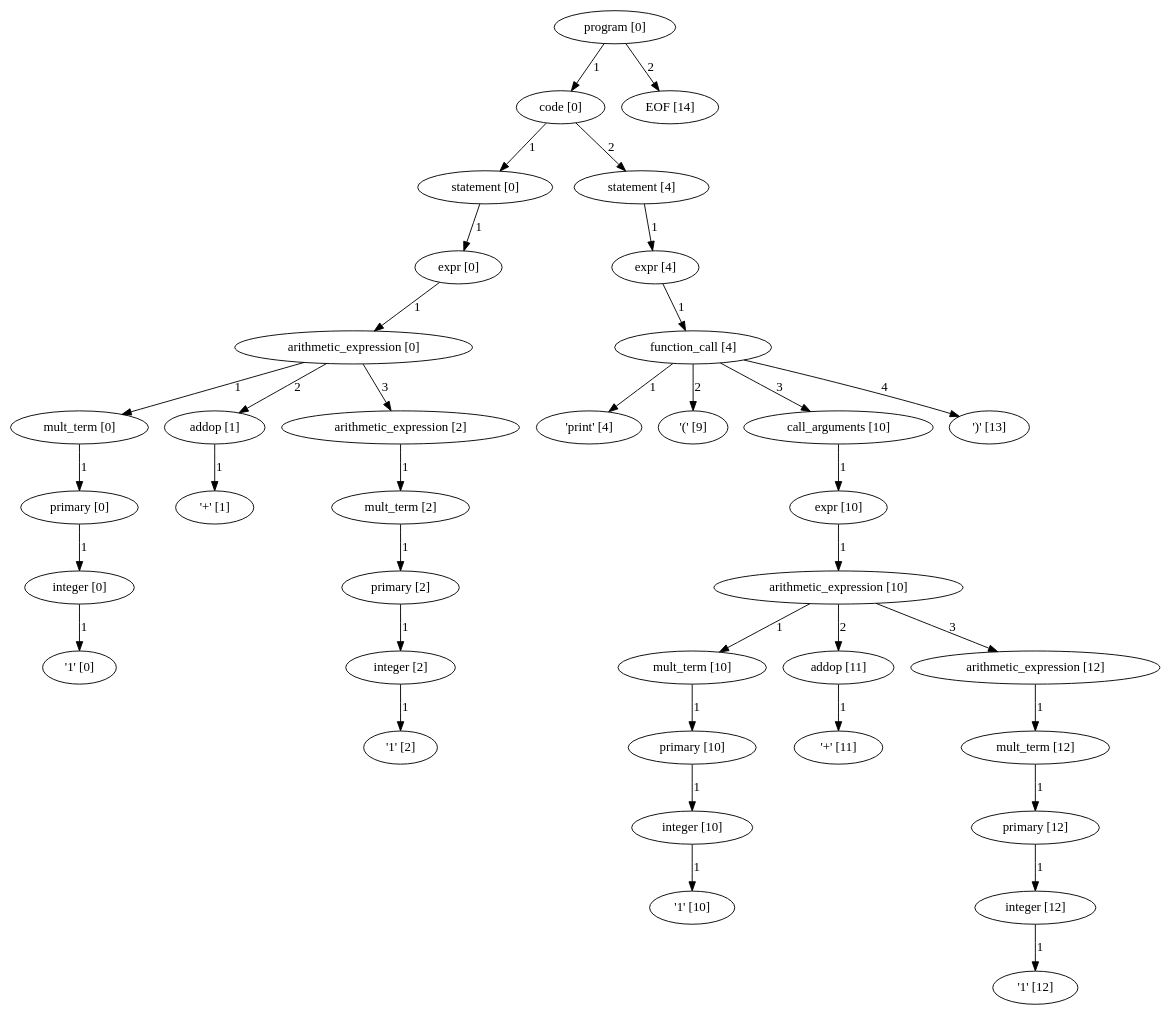
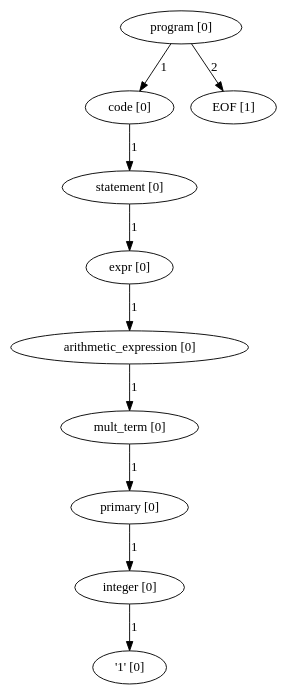
One commit to pragdave/cs3342_smurf changed the diagram in RealProject/program_parse_tree.dot. Above: the diagram before and after it, drawn with Graphviz. The commit also changed 7 other files, not shown here.

```diff
--- a/RealProject/program_parse_tree.dot
+++ b/RealProject/program_parse_tree.dot
@@ -1,111 +1,30 @@
 digraph arpeggio_graph {
-1609273560872 [label="program [0]"];
-1609273560872->1609273586008 [label="1"]
+2582781586288 [label="program [0]"];
+2582781586288->2582781586152 [label="1"]
 
-1609273586008 [label="code [0]"];
-1609273586008->1609273766504 [label="1"]
+2582781586152 [label="code [0]"];
+2582781586152->2582781586016 [label="1"]
 
-1609273766504 [label="statement [0]"];
-1609273766504->1609273766368 [label="1"]
+2582781586016 [label="statement [0]"];
+2582781586016->2582781585880 [label="1"]
 
-1609273766368 [label="expr [0]"];
-1609273766368->1609273766232 [label="1"]
+2582781585880 [label="expr [0]"];
+2582781585880->2582781585744 [label="1"]
 
-1609273766232 [label="arithmetic_expression [0]"];
-1609273766232->1609273670240 [label="1"]
+2582781585744 [label="arithmetic_expression [0]"];
+2582781585744->2582781585608 [label="1"]
 
-1609273670240 [label="mult_term [0]"];
-1609273670240->1609273670104 [label="1"]
+2582781585608 [label="mult_term [0]"];
+2582781585608->2582781585472 [label="1"]
 
-1609273670104 [label="primary [0]"];
-1609273670104->1609273669968 [label="1"]
+2582781585472 [label="primary [0]"];
+2582781585472->2582781584384 [label="1"]
 
-1609273669968 [label="integer [0]"];
-1609273669968->1609273134440 [label="1"]
+2582781584384 [label="integer [0]"];
+2582781584384->2582780988896 [label="1"]
 
-1609273134440 [label=" '1' [0]"];
-1609273766232->1609273670376 [label="2"]
+2582780988896 [label=" '1' [0]"];
+2582781586288->2582780989016 [label="2"]
 
-1609273670376 [label="addop [1]"];
-1609273670376->1609273134560 [label="1"]
-
-1609273134560 [label=" '+' [1]"];
-1609273766232->1609273766096 [label="3"]
-
-1609273766096 [label="arithmetic_expression [2]"];
-1609273766096->1609273765960 [label="1"]
-
-1609273765960 [label="mult_term [2]"];
-1609273765960->1609273671464 [label="1"]
-
-1609273671464 [label="primary [2]"];
-1609273671464->1609273669560 [label="1"]
-
-1609273669560 [label="integer [2]"];
-1609273669560->1609273753672 [label="1"]
-
-1609273753672 [label=" '1' [2]"];
-1609273586008->1609273768408 [label="2"]
-
-1609273768408 [label="statement [4]"];
-1609273768408->1609273768272 [label="1"]
-
-1609273768272 [label="expr [4]"];
-1609273768272->1609273768136 [label="1"]
-
-1609273768136 [label="function_call [4]"];
-1609273768136->1609273133720 [label="1"]
-
-1609273133720 [label=" 'print' [4]"];
-1609273768136->1609273133840 [label="2"]
-
-1609273133840 [label=" '(' [9]"];
-1609273768136->1609273768000 [label="3"]
-
-1609273768000 [label="call_arguments [10]"];
-1609273768000->1609273767864 [label="1"]
-
-1609273767864 [label="expr [10]"];
-1609273767864->1609273767728 [label="1"]
-
-1609273767728 [label="arithmetic_expression [10]"];
-1609273767728->1609273669832 [label="1"]
-
-1609273669832 [label="mult_term [10]"];
-1609273669832->1609273670512 [label="1"]
-
-1609273670512 [label="primary [10]"];
-1609273670512->1609273670648 [label="1"]
-
-1609273670648 [label="integer [10]"];
-1609273670648->1609273134920 [label="1"]
-
-1609273134920 [label=" '1' [10]"];
-1609273767728->1609273669696 [label="2"]
-
-1609273669696 [label="addop [11]"];
-1609273669696->1609273753792 [label="1"]
-
-1609273753792 [label=" '+' [11]"];
-1609273767728->1609273767592 [label="3"]
-
-1609273767592 [label="arithmetic_expression [12]"];
-1609273767592->1609273767456 [label="1"]
-
-1609273767456 [label="mult_term [12]"];
-1609273767456->1609273767320 [label="1"]
-
-1609273767320 [label="primary [12]"];
-1609273767320->1609273671056 [label="1"]
-
-1609273671056 [label="integer [12]"];
-1609273671056->1609273754272 [label="1"]
-
-1609273754272 [label=" '1' [12]"];
-1609273768136->1609273754392 [label="4"]
-
-1609273754392 [label=" ')' [13]"];
-1609273560872->1609273133960 [label="2"]
-
-1609273133960 [label="EOF [14]"];
+2582780989016 [label="EOF [1]"];
 }
```
